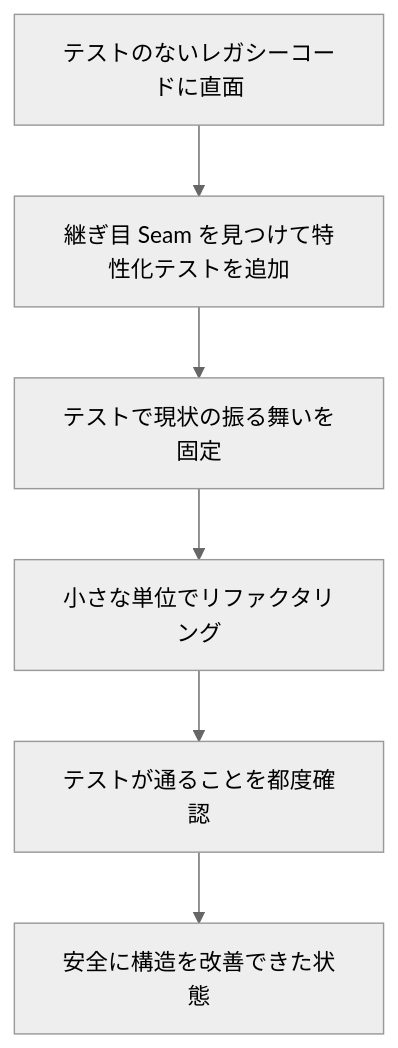
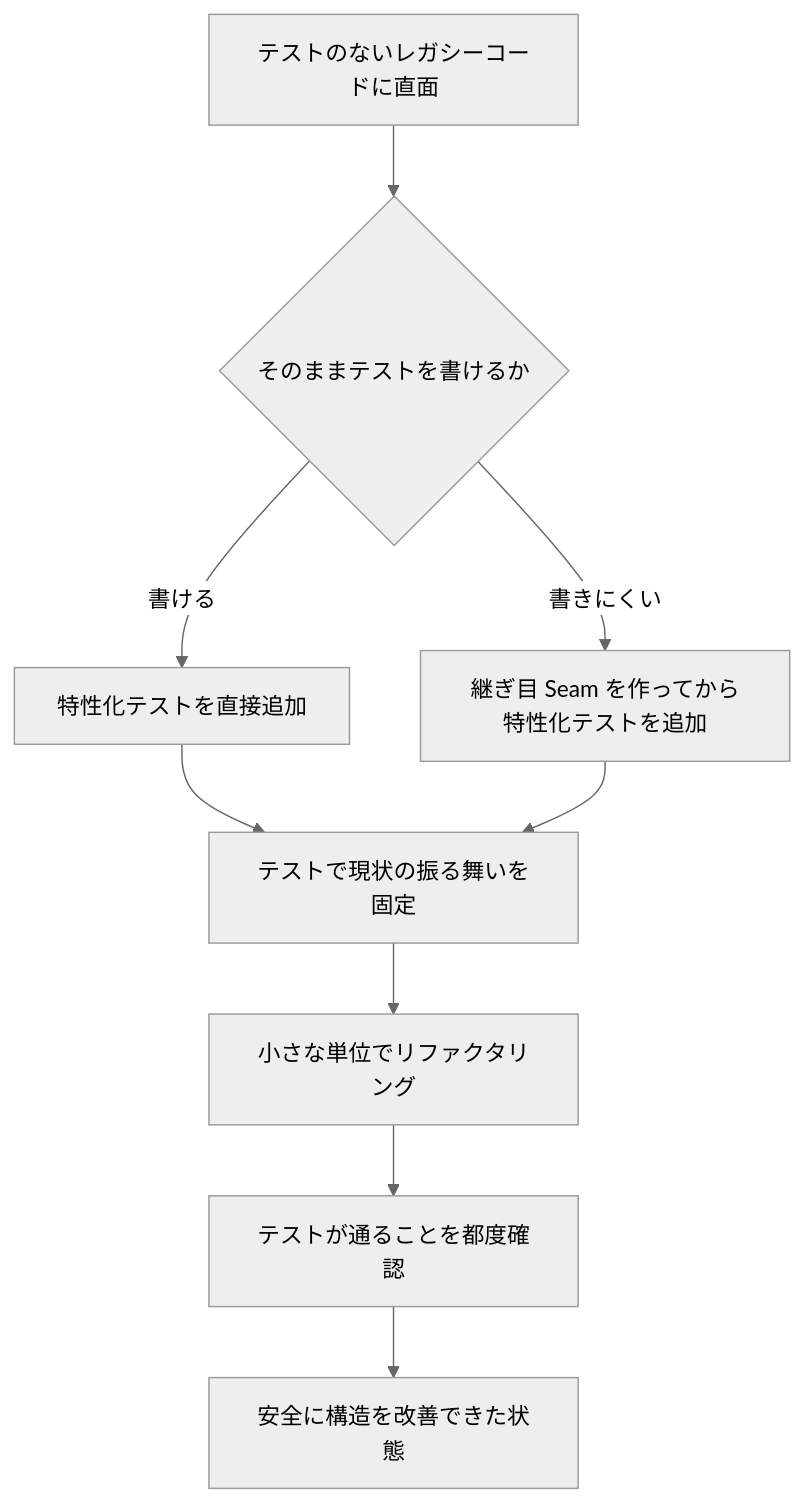
One commit to myoshi2891/Quality-Assurance-Studies changed the sixth of 6 diagrams in Beyond-legacy-code-guide.md. Above: the diagram before and after it, drawn with Mermaid (neutral theme). The commit also changed other lines of this file and 1 other file, not shown here.

Commit message:
docs(beyond-legacy-code): 特性化テスト追加フロー図の分岐詳細化・参照講演名の修正およびHTML版を追加

````diff
--- a/Beyond-legacy-code-guide.md
+++ b/Beyond-legacy-code-guide.md
@@ -234,8 +234,11 @@
 ```mermaid
 flowchart TB
-    L1["テストのないレガシーコードに直面"] --> L2["継ぎ目 Seam を見つけて特性化テストを追加"]
-    L2 --> L3["テストで現状の振る舞いを固定"]
+    L1["テストのないレガシーコードに直面"] --> L2{"そのままテストを書けるか"}
+    L2 -->|"書ける"| L2a["特性化テストを直接追加"]
+    L2 -->|"書きにくい"| L2b["継ぎ目 Seam を作ってから特性化テストを追加"]
+    L2a --> L3["テストで現状の振る舞いを固定"]
+    L2b --> L3
     L3 --> L4["小さな単位でリファクタリング"]
     L4 --> L5["テストが通ることを都度確認"]
     L5 --> L6["安全に構造を改善できた状態"]
 ```
````
